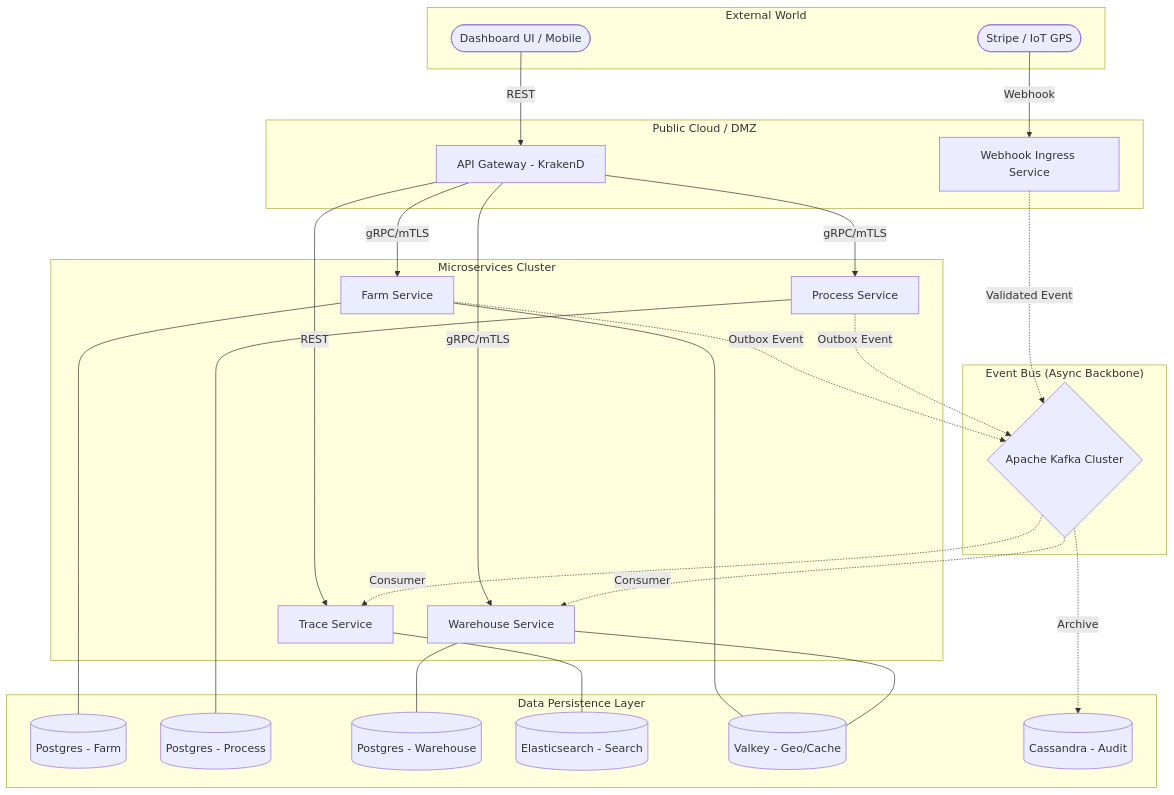
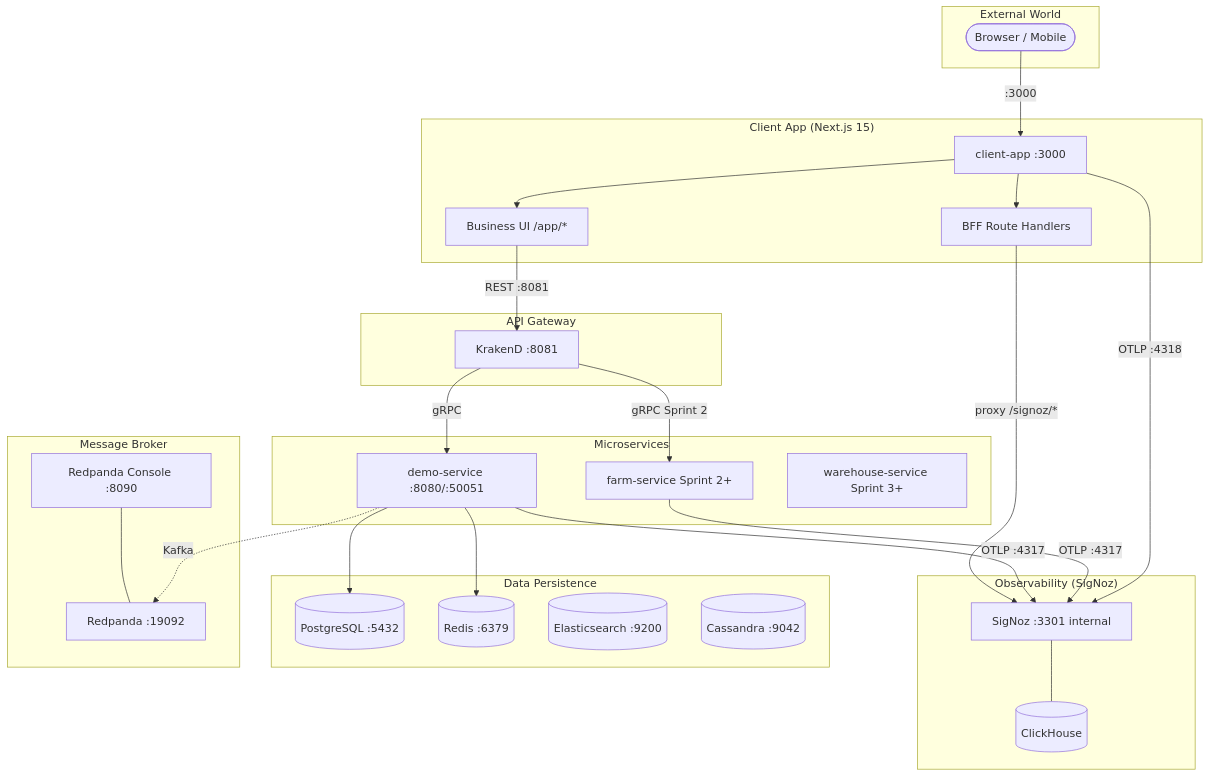
One commit to dungxbuif/RuntimeRoasters changed the diagram in docs/architecture/system-blueprint.md. Above: the diagram before and after it, drawn with Mermaid. The commit also changed other lines of this file and 80 other files, not shown here.

````diff
--- a/docs/architecture/system-blueprint.md
+++ b/docs/architecture/system-blueprint.md
@@ -21,56 +60,55 @@
 ```mermaid
 graph TB
     subgraph "External World"
-        Client([Dashboard UI / Mobile])
-        Stripe([Stripe / IoT GPS])
+        Browser([Browser / Mobile])
     end
 
-    subgraph "Public Cloud / DMZ"
-        GW[API Gateway - KrakenD]
-        WH[Webhook Ingress Service]
+    subgraph "Client App (Next.js 15)"
+        CA[client-app :3000]
+        CA_BFF[BFF Route Handlers]
+        CA_UI[Business UI /app/*]
     end
 
-    subgraph "Event Bus (Async Backbone)"
-        Kafka{Apache Kafka Cluster}
+    subgraph "API Gateway"
+        GW[KrakenD :8081]
     end
 
-    subgraph "Microservices Cluster"
-        FS[Farm Service]
-        PS[Process Service]
-        WS[Warehouse Service]
-        TS[Trace Service]
+    subgraph "Microservices"
+        DS[demo-service :8080/:50051]
+        FS[farm-service Sprint 2+]
+        WS[warehouse-service Sprint 3+]
     end
 
-    subgraph "Data Persistence Layer"
-        FDB[(Postgres - Farm)]
-        PDB[(Postgres - Process)]
-        WDB[(Postgres - Warehouse)]
-        EDB[(Elasticsearch - Search)]
-        VDB[(Valkey - Geo/Cache)]
-        MDB[(Cassandra - Audit)]
+    subgraph "Observability (SigNoz)"
+        SZ[SigNoz :3301 internal]
+        CH[(ClickHouse)]
+        SZ --- CH
     end
 
-    %% Giao tiếp HTTP/gRPC
-    Client -->|REST| GW
-    GW -->|gRPC/mTLS| FS
-    GW -->|gRPC/mTLS| PS
-    GW -->|gRPC/mTLS| WS
-    GW -->|REST| TS
-    Stripe -->|Webhook| WH
+    subgraph "Data Persistence"
+        PG[(PostgreSQL :5432)]
+        RD[(Redis :6379)]
+        ES[(Elasticsearch :9200)]
+        CS[(Cassandra :9042)]
+    end
 
-    %% Giao tiếp Event-Driven
-    FS -.->|Outbox Event| Kafka
-    PS -.->|Outbox Event| Kafka
-    WH -.->|Validated Event| Kafka
-    Kafka -.->|Consumer| TS
-    Kafka -.->|Consumer| WS
-    Kafka -.->|Archive| MDB
+    subgraph "Message Broker"
+        RP[Redpanda :19092]
+        RPC[Redpanda Console :8090]
+        RPC --- RP
+    end
 
-    %% Persistence
-    FS --- FDB
-    PS --- PDB
-    WS --- WDB
-    TS --- EDB
-    FS --- VDB
-    WS --- VDB
+    Browser -->|:3000| CA
+    CA --> CA_BFF
+    CA --> CA_UI
+    CA_BFF -->|proxy /signoz/*| SZ
+    CA_UI -->|REST :8081| GW
+    GW -->|gRPC| DS
+    GW -->|gRPC Sprint 2| FS
+    DS --> PG
+    DS --> RD
+    DS -.->|Kafka| RP
+    DS -->|OTLP :4317| SZ
+    FS -->|OTLP :4317| SZ
+    CA -->|OTLP :4318| SZ
 ```
````
